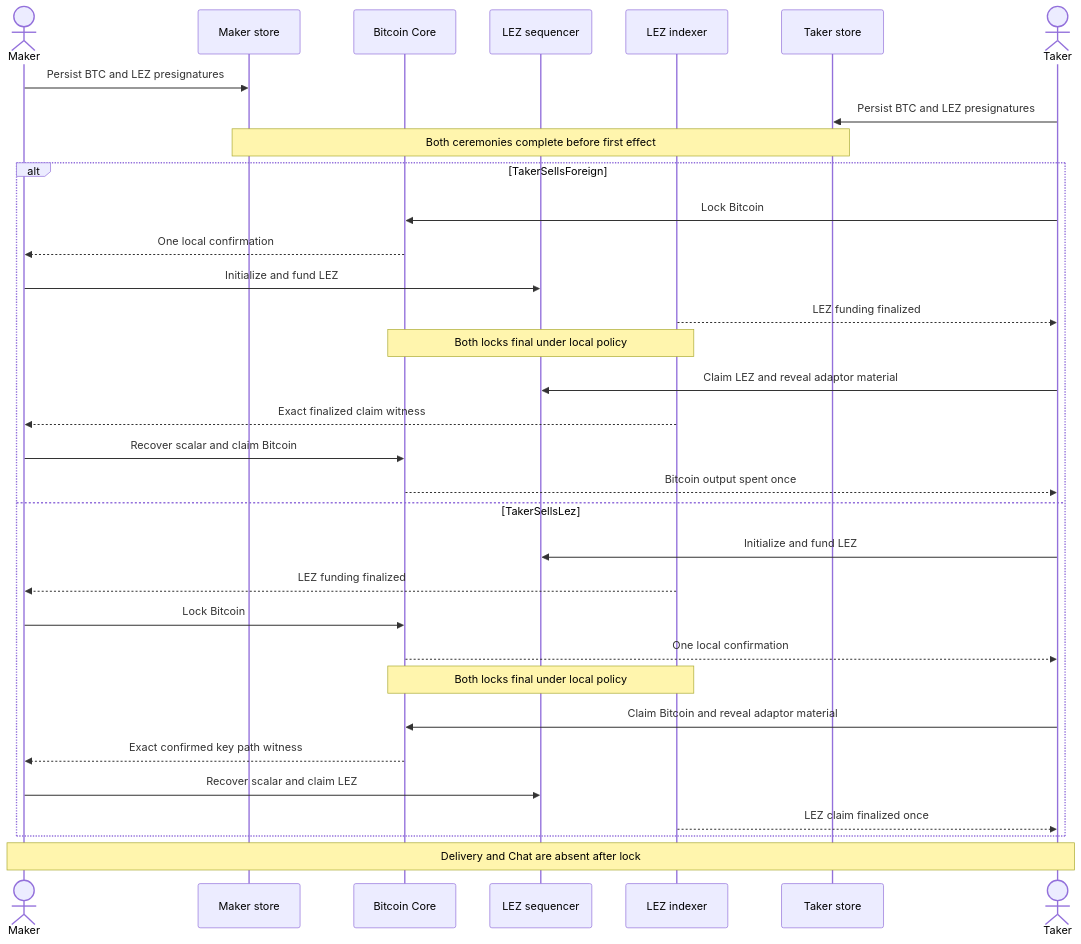
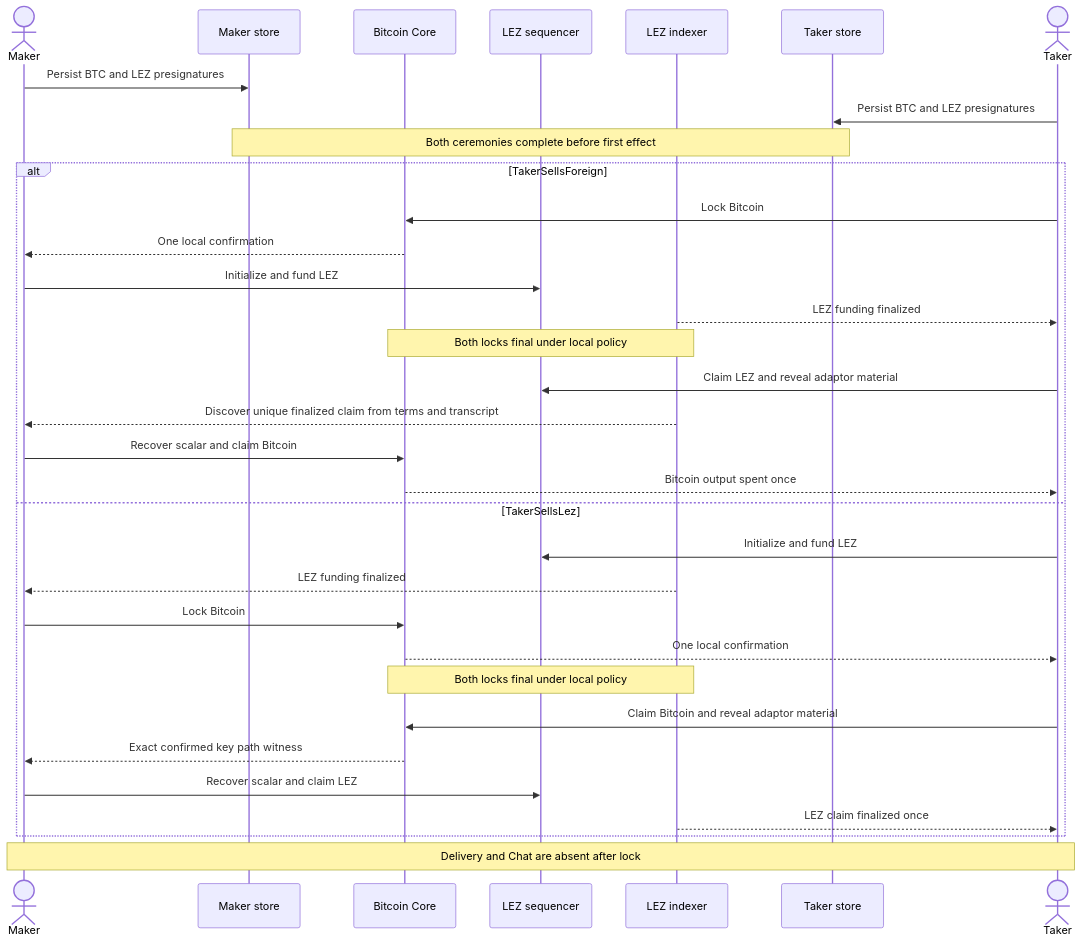
The third of 15 diagrams in docs/architecture/system-architecture.md (gateway-fm/lez-atomic-swaps), drawn with Mermaid before and after one commit. The commit also changed other lines of this file and 16 other files, not shown here.

Commit message:
feat: discover finalized LEZ claims by terms

````diff
--- a/docs/architecture/system-architecture.md
+++ b/docs/architecture/system-architecture.md
@@ -141,36 +141,36 @@
 ```mermaid
 sequenceDiagram
     actor Maker
     participant MakerStore as Maker store
     participant Core as Bitcoin Core
     participant Lez as LEZ sequencer
     participant Indexer as LEZ indexer
     participant TakerStore as Taker store
     actor Taker
 
     Maker->>MakerStore: Persist BTC and LEZ presignatures
     Taker->>TakerStore: Persist BTC and LEZ presignatures
     Note over MakerStore,TakerStore: Both ceremonies complete before first effect
     alt TakerSellsForeign
         Taker->>Core: Lock Bitcoin
         Core-->>Maker: One local confirmation
         Maker->>Lez: Initialize and fund LEZ
         Indexer-->>Taker: LEZ funding finalized
         Note over Core,Indexer: Both locks final under local policy
         Taker->>Lez: Claim LEZ and reveal adaptor material
-        Indexer-->>Maker: Exact finalized claim witness
+        Indexer-->>Maker: Discover unique finalized claim from terms and transcript
         Maker->>Core: Recover scalar and claim Bitcoin
         Core-->>Taker: Bitcoin output spent once
     else TakerSellsLez
         Taker->>Lez: Initialize and fund LEZ
         Indexer-->>Maker: LEZ funding finalized
         Maker->>Core: Lock Bitcoin
         Core-->>Taker: One local confirmation
         Note over Core,Indexer: Both locks final under local policy
         Taker->>Core: Claim Bitcoin and reveal adaptor material
         Core-->>Maker: Exact confirmed key path witness
         Maker->>Lez: Recover scalar and claim LEZ
         Indexer-->>Taker: LEZ claim finalized once
     end
     Note over Maker,Taker: Delivery and Chat are absent after lock
 ```
````
